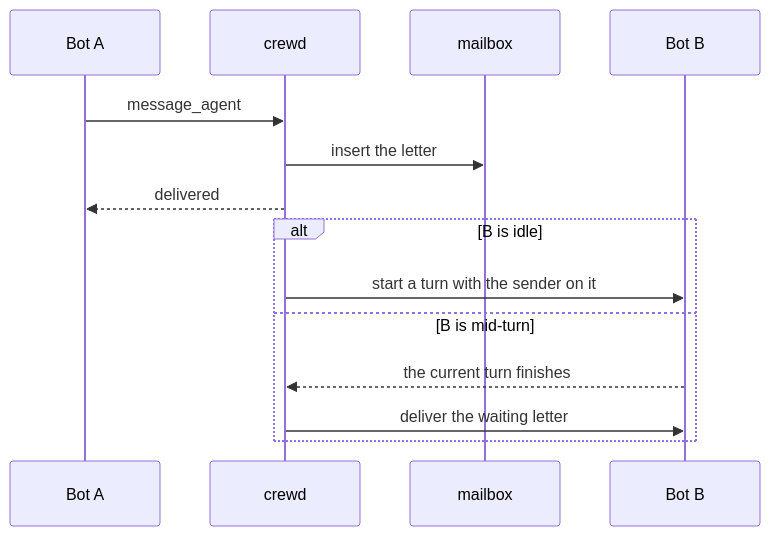
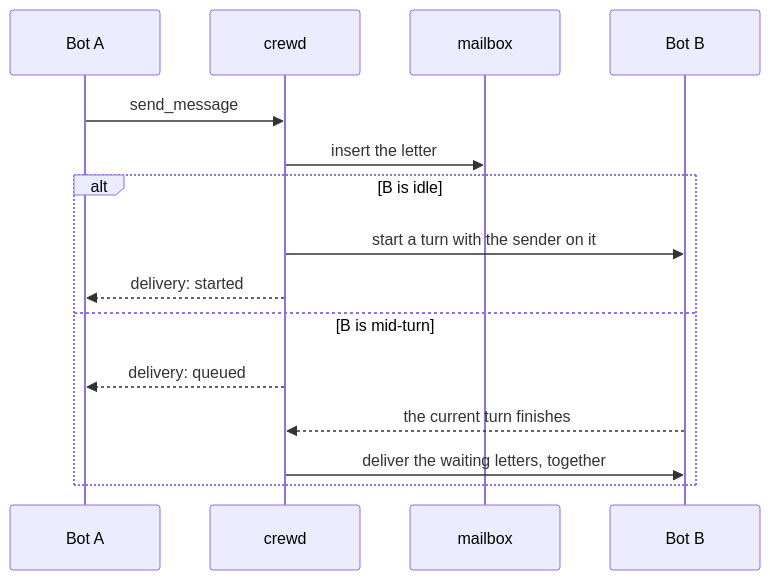
One commit to rogazth/crew changed the fourth of 4 diagrams in docs/ARCHITECTURE.md. Above: the diagram before and after it, drawn with Mermaid. The commit also changed other lines of this file and 36 other files, not shown here.

Commit message:
feat: replace messaging tools with send_message, list_peers and start_session owners

````diff
--- a/docs/ARCHITECTURE.md
+++ b/docs/ARCHITECTURE.md
@@ -108,17 +114,18 @@
 ```mermaid
 sequenceDiagram
   participant A as Bot A
   participant D as crewd
   participant M as mailbox
   participant B as Bot B
 
-  A->>D: message_agent
+  A->>D: send_message
   D->>M: insert the letter
-  D-->>A: delivered
   alt B is idle
     D->>B: start a turn with the sender on it
+    D-->>A: delivery: started
   else B is mid-turn
+    D-->>A: delivery: queued
     B-->>D: the current turn finishes
-    D->>B: deliver the waiting letter
+    D->>B: deliver the waiting letters, together
   end
 ```
````
